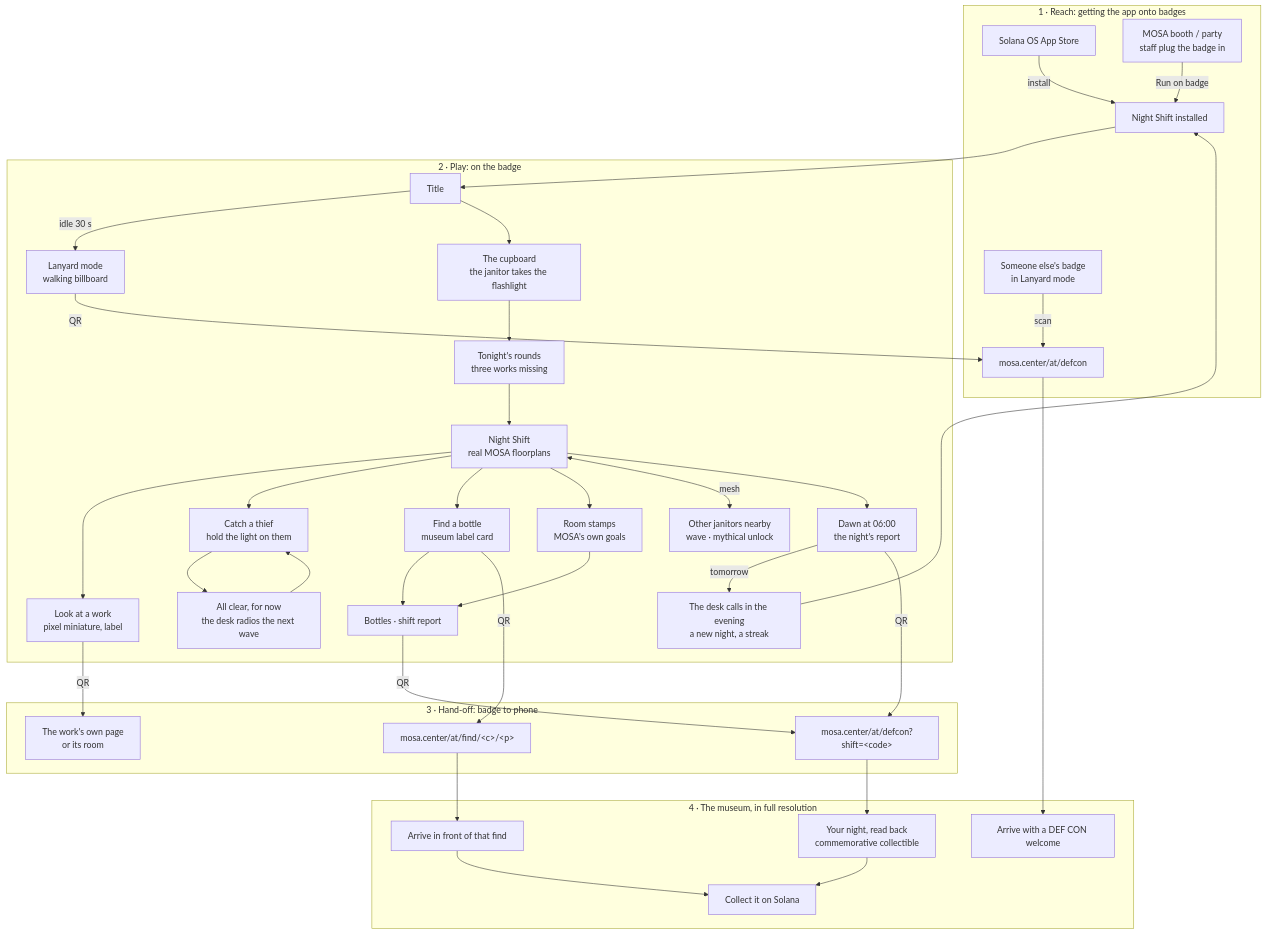
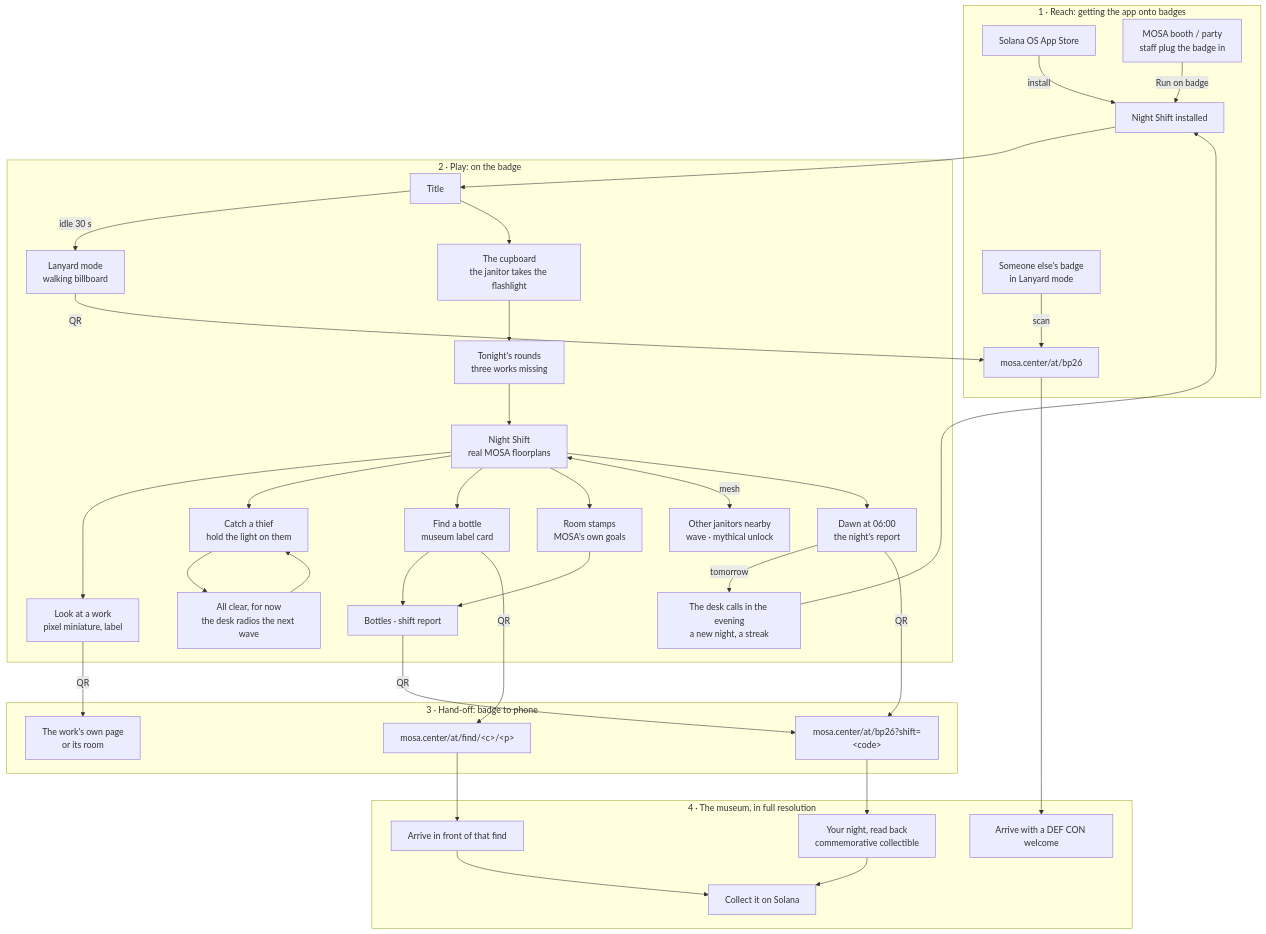
The diagram in docs/FLOW.md (bparticle/mosa-defcon), drawn with Mermaid before and after one commit. The commit also changed other lines of this file and 8 other files, not shown here.

````diff
--- a/docs/FLOW.md
+++ b/docs/FLOW.md
@@ -7,44 +7,44 @@
 ```mermaid
 flowchart TD
   subgraph Reach["1 · Reach: getting the app onto badges"]
     S1[Solana OS App Store] -->|install| APP[Night Shift installed]
     BOOTH[MOSA booth / party<br/>staff plug the badge in] -->|Run on badge| APP
     LANYARD[Someone else's badge<br/>in Lanyard mode] -->|scan| SITE
   end
 
   subgraph Play["2 · Play: on the badge"]
     APP --> TITLE[Title]
     TITLE -->|idle 30 s| LANY[Lanyard mode<br/>walking billboard]
     TITLE --> INTRO[The cupboard<br/>the janitor takes the flashlight]
     INTRO --> BRIEF[Tonight's rounds<br/>three works missing]
     BRIEF --> WALK[Night Shift<br/>real MOSA floorplans]
     WALK --> ART[Look at a work<br/>pixel miniature, label]
     WALK --> THIEF[Catch a thief<br/>hold the light on them]
     WALK --> FIND[Find a bottle<br/>museum label card]
     WALK --> STAMP[Room stamps<br/>MOSA's own goals]
     WALK <-->|mesh| PEERS[Other janitors nearby<br/>wave · mythical unlock]
     THIEF --> WAVE[All clear, for now<br/>the desk radios the next wave]
     WAVE --> THIEF
     WALK --> CLEAR[Dawn at 06:00<br/>the night's report]
     CLEAR -->|tomorrow| CALL[The desk calls in the evening<br/>a new night, a streak]
     CALL --> APP
     FIND --> REC[Bottles · shift report]
     STAMP --> REC
   end
 
   subgraph Handoff["3 · Hand-off: badge to phone"]
     FIND -->|QR| PIECE["mosa.center/at/find/&lt;c&gt;/&lt;p&gt;"]
     ART -->|QR| WORK[The work's own page<br/>or its room]
     CLEAR -->|QR| REPORT
-    REC -->|QR| REPORT["mosa.center/at/defcon?shift=&lt;code&gt;"]
-    LANY -->|QR| SITE["mosa.center/at/defcon"]
+    REC -->|QR| REPORT["mosa.center/at/bp26?shift=&lt;code&gt;"]
+    LANY -->|QR| SITE["mosa.center/at/bp26"]
   end
 
   subgraph Museum["4 · The museum, in full resolution"]
     PIECE --> LAND[Arrive in front of that find]
     SITE --> LAND2[Arrive with a DEF CON welcome]
     REPORT --> LAND3[Your night, read back<br/>commemorative collectible]
     LAND --> MINT[Collect it on Solana]
     LAND3 --> MINT
   end
 ```
````
